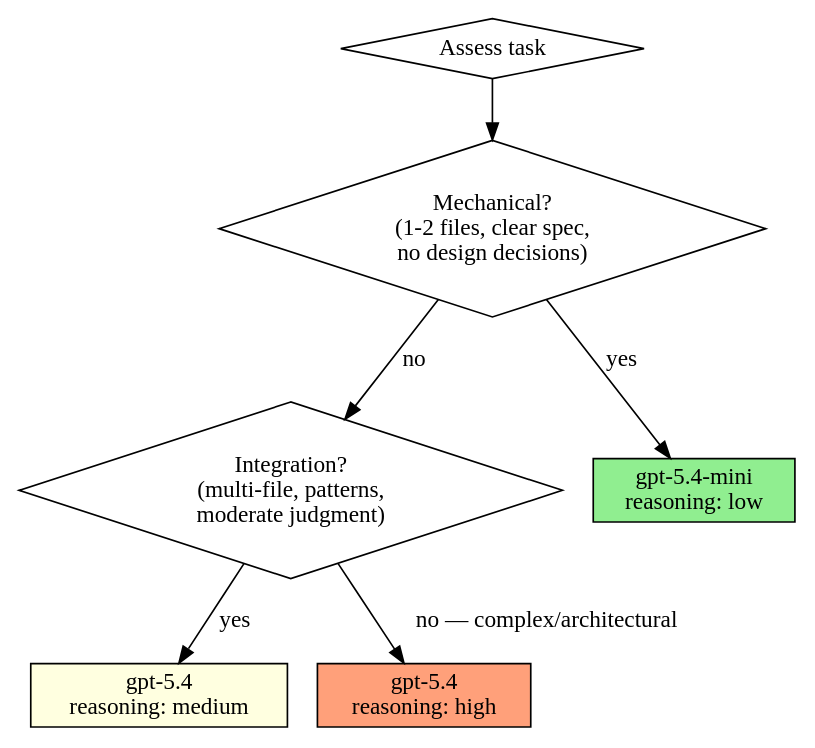
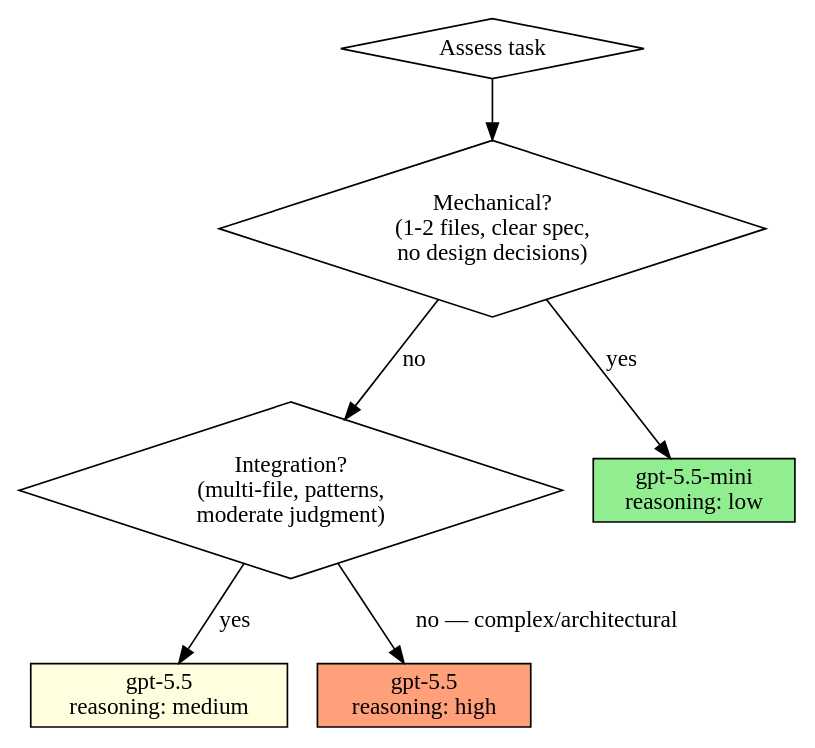
Before and after one commit to tarundevi/codex-driven-development: the second of 4 diagrams in plugins/codex-driven-development/skills/codex-driven-development/SKILL.md, drawn with Graphviz. The commit also changed other lines of this file, not shown here.

````diff
--- a/plugins/codex-driven-development/skills/codex-driven-development/SKILL.md
+++ b/plugins/codex-driven-development/skills/codex-driven-development/SKILL.md
@@ -213,17 +213,17 @@
 ```dot
 digraph model_selection {
     "Assess task" [shape=diamond];
     "Mechanical?\n(1-2 files, clear spec,\nno design decisions)" [shape=diamond];
     "Integration?\n(multi-file, patterns,\nmoderate judgment)" [shape=diamond];
 
-    "gpt-5.4-mini\nreasoning: low" [shape=box style=filled fillcolor=lightgreen];
-    "gpt-5.4\nreasoning: medium" [shape=box style=filled fillcolor=lightyellow];
-    "gpt-5.4\nreasoning: high" [shape=box style=filled fillcolor=lightsalmon];
+    "gpt-5.5-mini\nreasoning: low" [shape=box style=filled fillcolor=lightgreen];
+    "gpt-5.5\nreasoning: medium" [shape=box style=filled fillcolor=lightyellow];
+    "gpt-5.5\nreasoning: high" [shape=box style=filled fillcolor=lightsalmon];
 
     "Assess task" -> "Mechanical?\n(1-2 files, clear spec,\nno design decisions)";
-    "Mechanical?\n(1-2 files, clear spec,\nno design decisions)" -> "gpt-5.4-mini\nreasoning: low" [label="yes"];
+    "Mechanical?\n(1-2 files, clear spec,\nno design decisions)" -> "gpt-5.5-mini\nreasoning: low" [label="yes"];
     "Mechanical?\n(1-2 files, clear spec,\nno design decisions)" -> "Integration?\n(multi-file, patterns,\nmoderate judgment)" [label="no"];
-    "Integration?\n(multi-file, patterns,\nmoderate judgment)" -> "gpt-5.4\nreasoning: medium" [label="yes"];
-    "Integration?\n(multi-file, patterns,\nmoderate judgment)" -> "gpt-5.4\nreasoning: high" [label="no — complex/architectural"];
+    "Integration?\n(multi-file, patterns,\nmoderate judgment)" -> "gpt-5.5\nreasoning: medium" [label="yes"];
+    "Integration?\n(multi-file, patterns,\nmoderate judgment)" -> "gpt-5.5\nreasoning: high" [label="no — complex/architectural"];
 }
 ```
````
